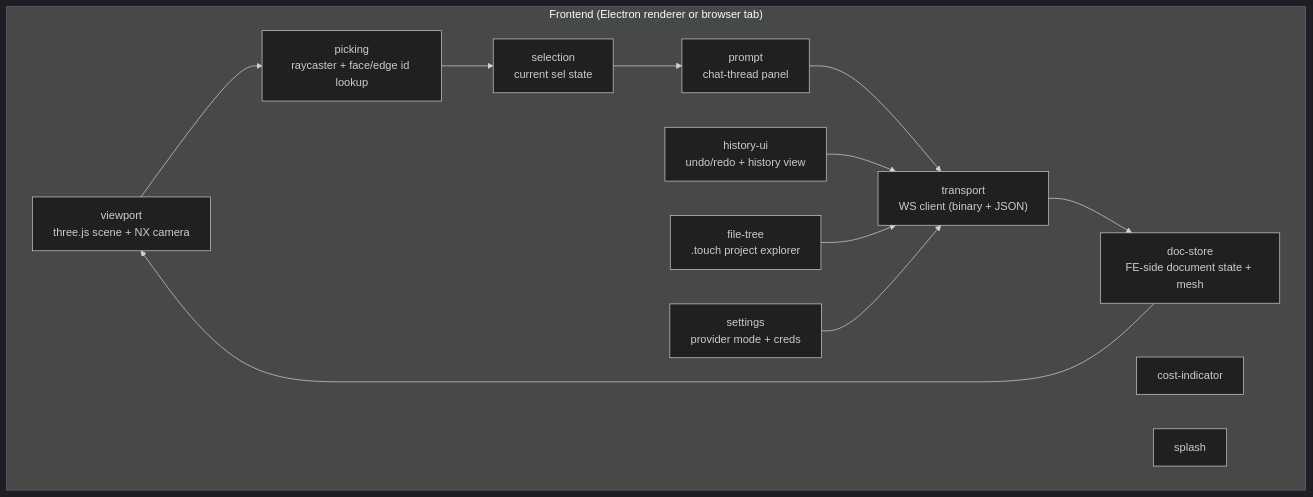
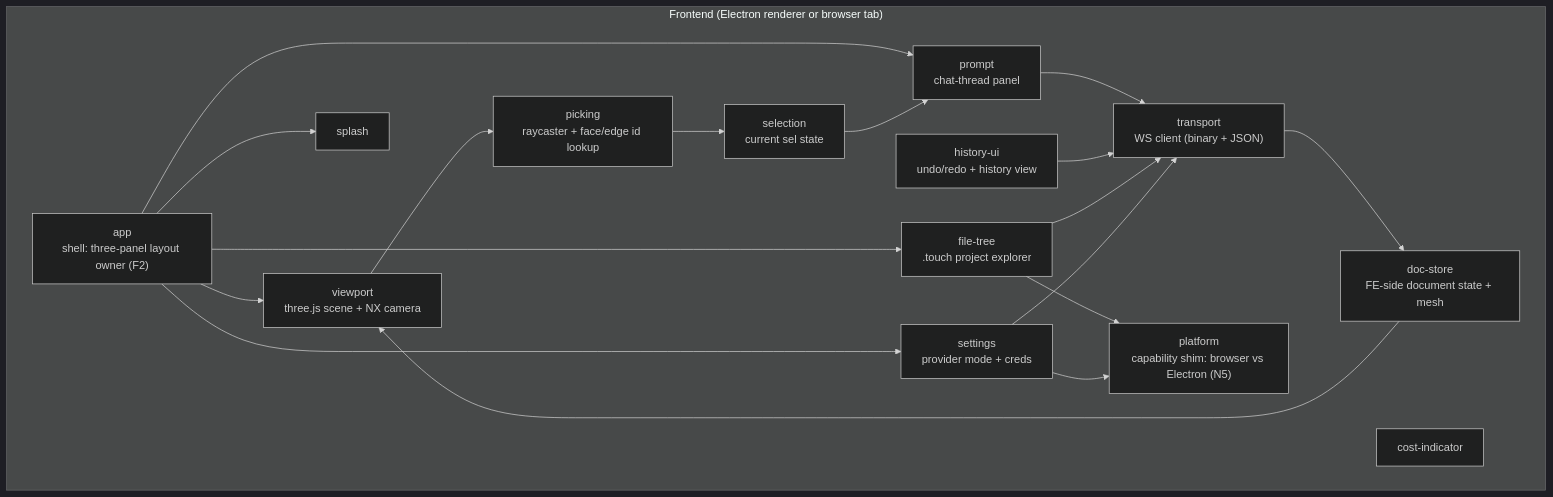
One commit to vandpaolo/touch changed the third of 4 diagrams in docs/02-architecture.md. Above: the diagram before and after it, drawn with Mermaid (dark theme). The commit also changed other lines of this file and 12 other files, not shown here.

First line of the commit message:
docs: plan T2 + web/app & web/platform architecture + pre-T2 audit

````diff
--- a/docs/02-architecture.md
+++ b/docs/02-architecture.md
@@ -79,26 +79,35 @@
 ```mermaid
 flowchart TB
     subgraph FE["Frontend (Electron renderer or browser tab)"]
+        App["app<br/>shell: three-panel layout owner (F2)"]
+        Platform["platform<br/>capability shim: browser vs Electron (N5)"]
         Viewport["viewport<br/>three.js scene + NX camera"]
         Picking["picking<br/>raycaster + face/edge id lookup"]
         Selection["selection<br/>current sel state"]
         Prompt["prompt<br/>chat-thread panel"]
         HistoryUI["history-ui<br/>undo/redo + history view"]
         FileTree["file-tree<br/>.touch project explorer"]
         Settings["settings<br/>provider mode + creds"]
         Cost["cost-indicator"]
         Splash["splash"]
         Transport["transport<br/>WS client (binary + JSON)"]
         DocStore["doc-store<br/>FE-side document state + mesh"]
     end
 
+    App --> Viewport
+    App --> FileTree
+    App --> Settings
+    App --> Prompt
+    App --> Splash
     Viewport --> Picking
     Picking --> Selection
     Selection --> Prompt
     Prompt --> Transport
     Transport --> DocStore
     DocStore --> Viewport
     HistoryUI --> Transport
     FileTree --> Transport
     Settings --> Transport
+    FileTree --> Platform
+    Settings --> Platform
 ```
````
